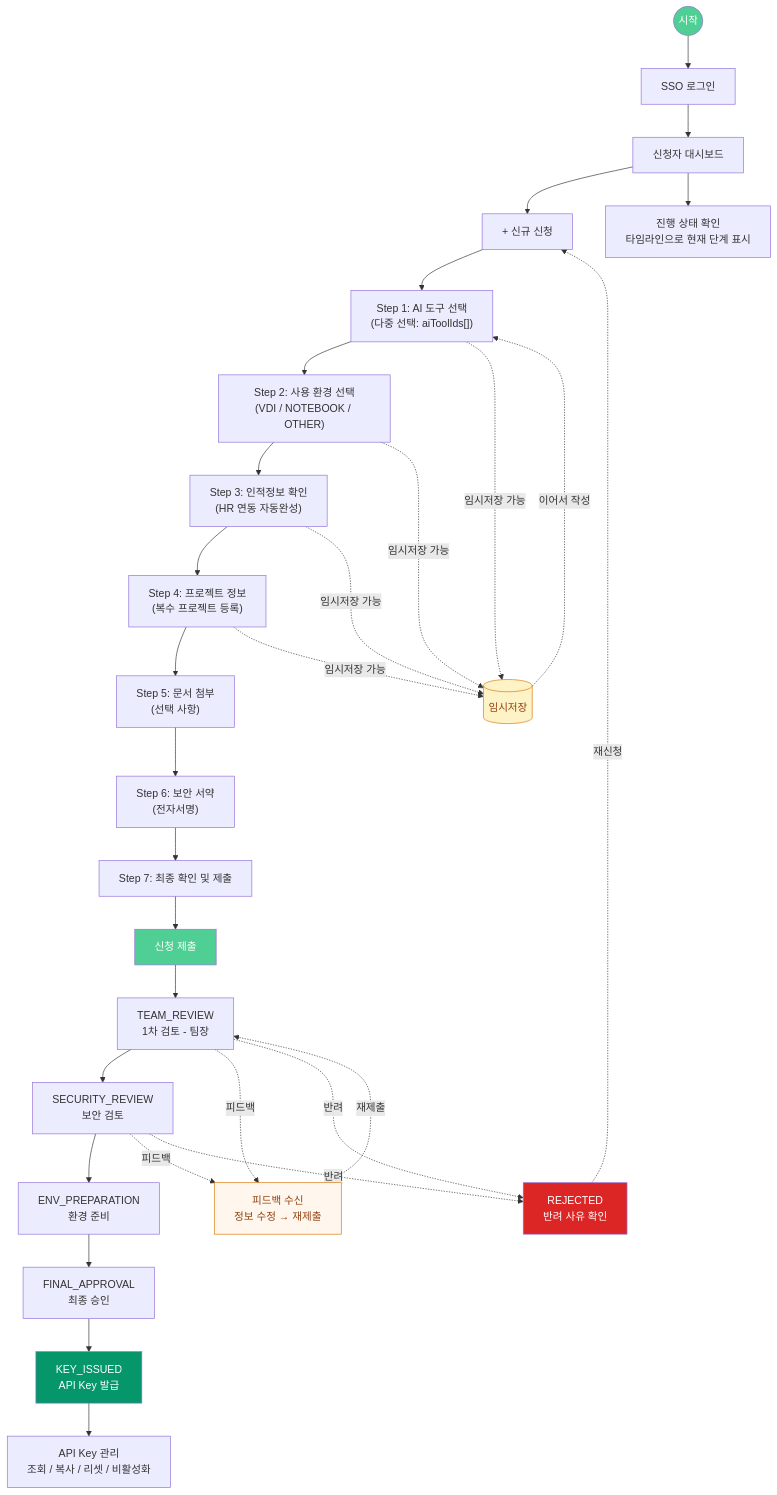
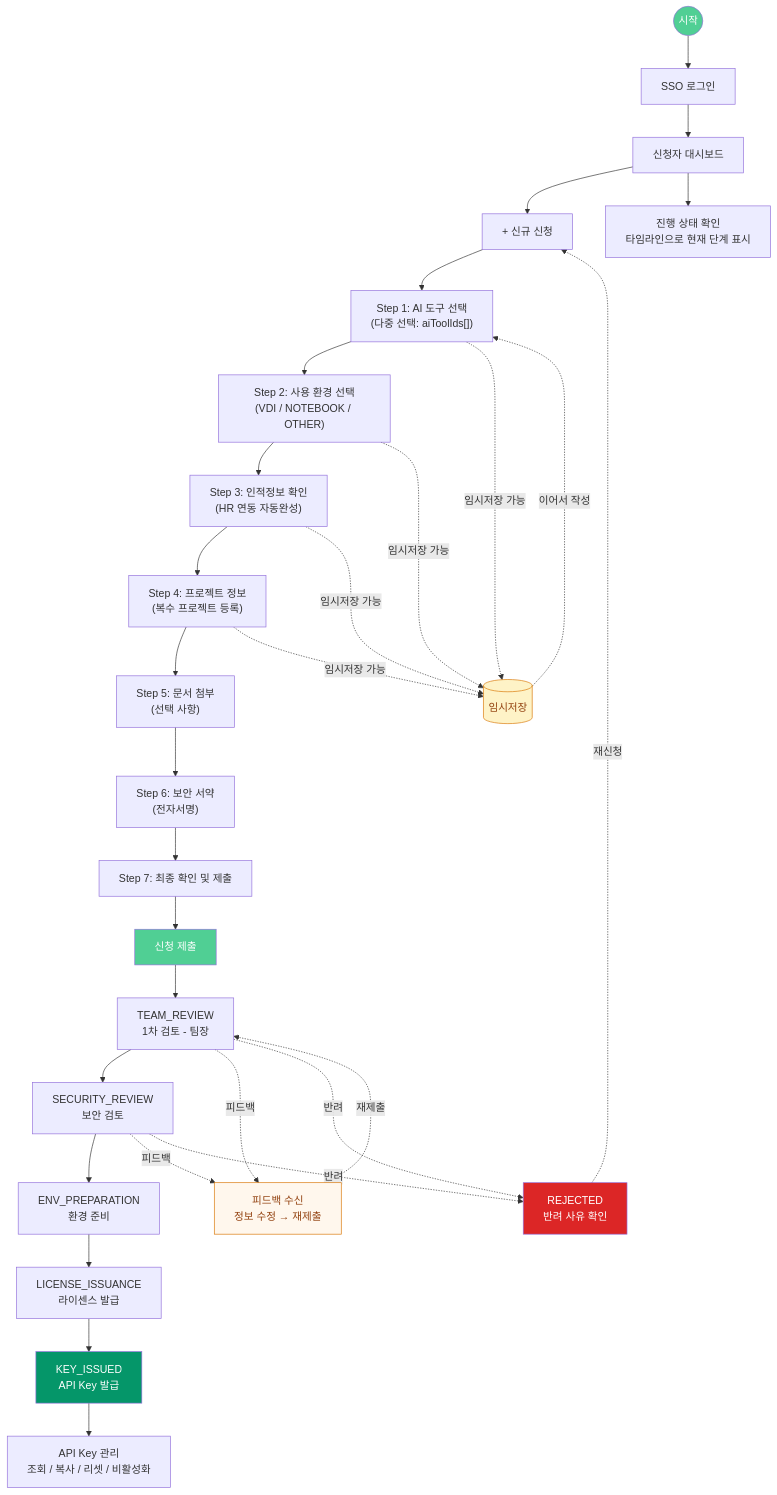
Before and after one commit to nuriguri1228/codehub-manage-aitool: the second of 29 diagrams in docs/04_UIUX_설계서.md, drawn with Mermaid. The commit also changed other lines of this file and 10 other files, not shown here.

First line of the commit message:
Implement LICENSE_ISSUANCE feature and update all docs to new review flow

````diff
--- a/docs/04_UIUX_설계서.md
+++ b/docs/04_UIUX_설계서.md
@@ -253,46 +253,46 @@
 ```mermaid
 flowchart TD
     Start((시작)) --> Login[SSO 로그인]
     Login --> Dashboard[신청자 대시보드]
     Dashboard --> NewApp[+ 신규 신청]
 
     NewApp --> Step1["Step 1: AI 도구 선택<br/>(다중 선택: aiToolIds[])"]
     Step1 --> Step2["Step 2: 사용 환경 선택<br/>(VDI / NOTEBOOK / OTHER)"]
     Step2 --> Step3["Step 3: 인적정보 확인<br/>(HR 연동 자동완성)"]
     Step3 --> Step4["Step 4: 프로젝트 정보<br/>(복수 프로젝트 등록)"]
     Step4 --> Step5["Step 5: 문서 첨부<br/>(선택 사항)"]
     Step5 --> Step6["Step 6: 보안 서약<br/>(전자서명)"]
     Step6 --> Step7["Step 7: 최종 확인 및 제출"]
 
     Step1 -.->|임시저장 가능| Draft[(임시저장)]
     Step2 -.->|임시저장 가능| Draft
     Step3 -.->|임시저장 가능| Draft
     Step4 -.->|임시저장 가능| Draft
     Draft -.->|이어서 작성| Step1
 
     Step7 --> Submit[신청 제출]
     Submit --> TeamReview["TEAM_REVIEW<br/>1차 검토 - 팀장"]
     TeamReview --> SecurityReview["SECURITY_REVIEW<br/>보안 검토"]
     SecurityReview --> EnvPrep["ENV_PREPARATION<br/>환경 준비"]
-    EnvPrep --> FinalApproval["FINAL_APPROVAL<br/>최종 승인"]
-    FinalApproval --> KeyIssued["KEY_ISSUED<br/>API Key 발급"]
+    EnvPrep --> LicenseIssuance["LICENSE_ISSUANCE<br/>라이센스 발급"]
+    LicenseIssuance --> KeyIssued["KEY_ISSUED<br/>API Key 발급"]
 
     TeamReview -.->|피드백| Feedback["피드백 수신<br/>정보 수정 → 재제출"]
     SecurityReview -.->|피드백| Feedback
     Feedback -.->|재제출| TeamReview
 
     TeamReview -.->|반려| Rejected["REJECTED<br/>반려 사유 확인"]
     SecurityReview -.->|반려| Rejected
     Rejected -.->|재신청| NewApp
 
     KeyIssued --> ApiKeyMgmt["API Key 관리<br/>조회 / 복사 / 리셋 / 비활성화"]
 
     Dashboard --> StatusCheck["진행 상태 확인<br/>타임라인으로 현재 단계 표시"]
 
     style Start fill:#50CF94,color:#fff
     style Submit fill:#50CF94,color:#fff
     style KeyIssued fill:#059669,color:#fff
     style Rejected fill:#DC2626,color:#fff
     style Feedback fill:#FFF7ED,color:#92400E,stroke:#D97706
     style Draft fill:#FEF3C7,color:#92400E,stroke:#D97706
 ```
````
